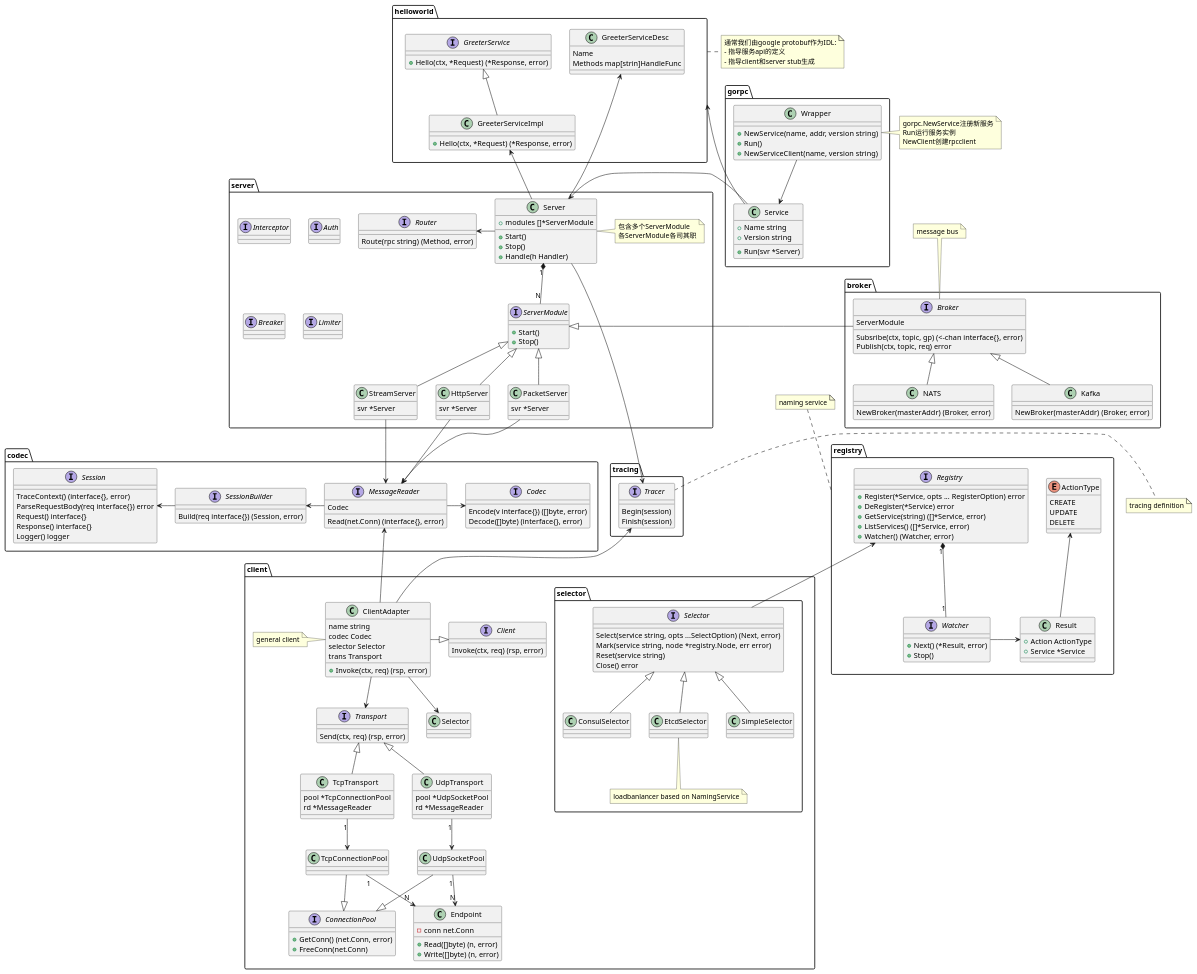
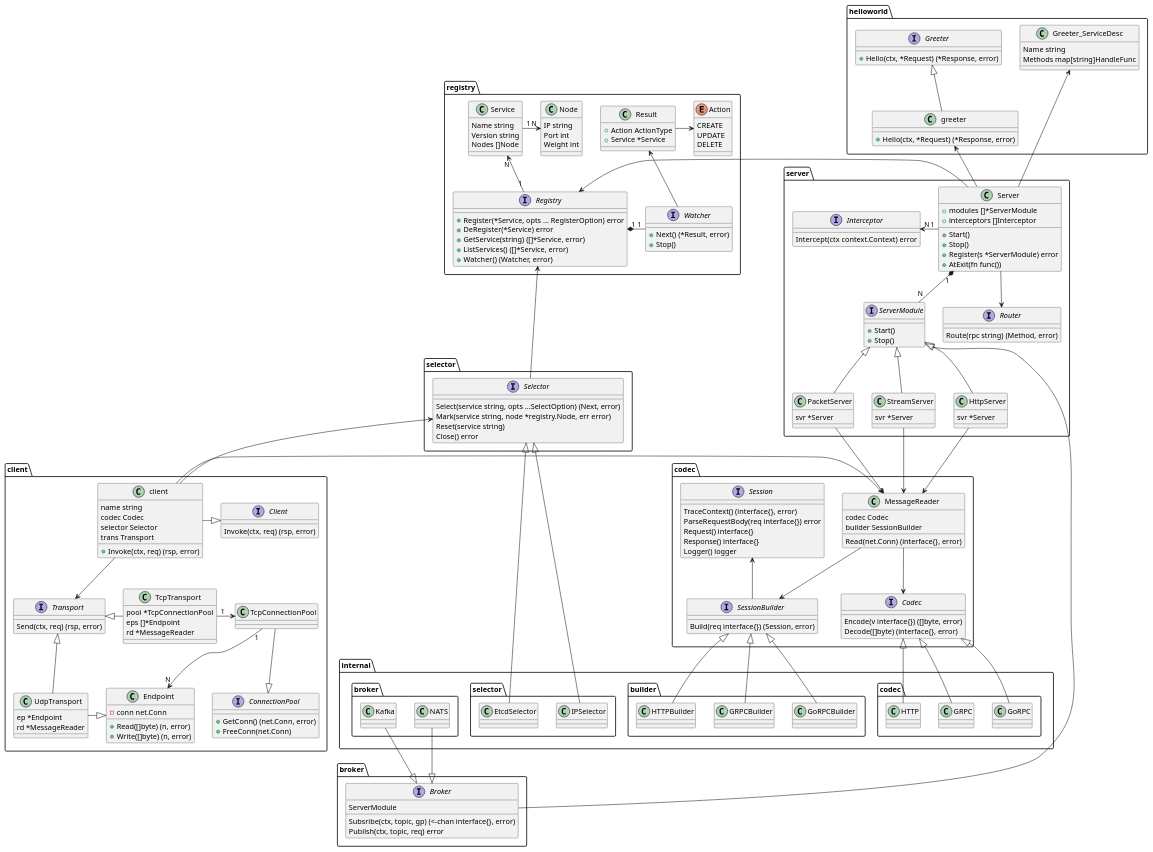
The diagram in docs/arch.puml (hitzhangjie/gorpc), drawn with PlantUML before and after one commit. The commit also changed 10 other files, not shown here.

```diff
--- a/docs/arch.puml
+++ b/docs/arch.puml
@@ -2,46 +2,37 @@
 
 package "helloworld" {
 
-    interface GreeterService {
+    interface Greeter {
         +Hello(ctx, *Request) (*Response, error)
     }
 
-    class GreeterServiceImpl {
+    class greeter {
         +Hello(ctx, *Request) (*Response, error)
     }
-    GreeterServiceImpl -up-|> GreeterService
+    greeter -up-|> Greeter
 
-    class GreeterServiceDesc {
-        Name
-        Methods map[strin]HandleFunc
+    class Greeter_ServiceDesc {
+        Name string
+        Methods map[string]HandleFunc
     }
 }
-note right of helloworld
-    通常我们由google protobuf作为IDL:
-    - 指导服务api的定义
-    - 指导client和server stub生成
-end note
-
 
 package "server" {
 
     class Server {
         +modules []*ServerModule
+        +interceptors []Interceptor
         +Start()
         +Stop()
-        +Handle(h Handler)
+        +Register(s *ServerModule) error
+        +AtExit(fn func())
     }
 
     interface ServerModule {
         +Start()
         +Stop()
     }
-
     Server "1" *-down- "N" ServerModule
-    note right of Server
-        包含多个ServerModule
-        各ServerModule各司其职
-    end note
 
     class PacketServer {
         svr *Server
@@ -58,25 +49,18 @@
     }
     HttpServer -up-|> ServerModule
 
-    Server -up-> GreeterServiceImpl
-    'note left of Handler : type GreeterService struct{} \nfunc (s *GreeterService) Hello(ctx, req) (rsp, error)
-
-    Server -up-> GreeterServiceDesc
+    Server -up-> greeter
+    Server -up-> Greeter_ServiceDesc
 
     interface Router {
         Route(rpc string) (Method, error)
     }
-    Server -left-> Router
+    Server -down-> Router
 
     interface Interceptor {
+    	Intercept(ctx context.Context) error
     }
-    interface Auth {
-    }
-    interface Breaker {
-    }
-    interface Limiter {
-    }
-
+	Server "1" -left-> "N" Interceptor
 }
 
 package "codec" {
@@ -94,8 +78,10 @@
         Decode([]byte) (interface{}, error)
     }
 
-    interface MessageReader {
-        Codec
+
+    class MessageReader {
+        codec Codec
+        builder SessionBuilder
         Read(net.Conn) (interface{}, error)
     }
 
@@ -103,14 +89,28 @@
     	Build(req interface{}) (Session, error)
     }
 
-    MessageReader -right-> Codec
-    MessageReader -left-> SessionBuilder
-    SessionBuilder -left-> Session
+
+    MessageReader -down-> Codec
+    MessageReader -down-> SessionBuilder
+    SessionBuilder -up-> Session
 
     StreamServer -down-> MessageReader
     PacketServer -down-> MessageReader
     HttpServer -down-> MessageReader
 }
+
+package "internal.codec" {
+    GoRPC -up-|> Codec
+    GRPC -up-|> Codec
+    HTTP -up-|> Codec
+}
+
+package "internal.builder" {
+    GoRPCBuilder -up-|> SessionBuilder
+    GRPCBuilder -up-|> SessionBuilder
+    HTTPBuilder -up-|> SessionBuilder
+}
+
 
 package "registry" {
     interface Registry {
@@ -120,28 +120,55 @@
         +ListServices() ([]*Service, error)
         +Watcher() (Watcher, error)
     }
-    Registry "1" *-down- "1" Watcher
+    Registry "1" *-right- "1" Watcher
+    Registry "1" -up-> "N" Service
+    Server -left-> Registry
 
     interface Watcher {
         +Next() (*Result, error)
         +Stop()
     }
-    Watcher -right-> Result
+    Watcher -up-> Result
 
     class Result {
         +Action ActionType
         +Service *Service
     }
-    enum ActionType {
+    enum Action {
         CREATE
         UPDATE
         DELETE
     }
-    Result -up-> ActionType
+    Result -right-> Action
+
+    class Service {
+    	Name string
+    	Version string
+    	Nodes []Node
+    }
+    Service "1" -right-> "N" Node
+
+    class Node {
+    	IP string
+    	Port int
+    	Weight int
+    }
 }
-note top of registry
-naming service
-end note
+
+package "selector" {
+	interface Selector {
+		Select(service string, opts ...SelectOption) (Next, error)
+	    Mark(service string, node *registry.Node, err error)
+     	Reset(service string)
+    	Close() error
+    }
+    Selector -up-> Registry
+}
+
+package "internal.selector" {
+    IPSelector --|> Selector
+    EtcdSelector -left-|> Selector
+}
 
 package "client" {
 
@@ -154,28 +181,25 @@
     }
     class TcpTransport {
         pool *TcpConnectionPool
+        eps []*Endpoint
         rd *MessageReader
     }
-    TcpTransport "1" --> "TcpConnectionPool"
-    TcpTransport -up-|> Transport
+    TcpTransport -left-|> Transport
+    TcpTransport "1" -right-> "TcpConnectionPool"
 
     class UdpTransport {
-        pool *UdpSocketPool
+        ep *Endpoint
         rd *MessageReader
     }
-    UdpTransport "1" --> "UdpSocketPool"
     UdpTransport -up-|> Transport
-
+    UdpTransport -right-|> Endpoint
 
     interface ConnectionPool {
         +GetConn() (net.Conn, error)
         +FreeConn(net.Conn)
     }
     TcpConnectionPool --|> ConnectionPool
-    UdpSocketPool --|> ConnectionPool
-
     TcpConnectionPool "1" --> "N" Endpoint
-    UdpSocketPool "1" --> "N" Endpoint
 
     class Endpoint {
         -conn net.Conn
@@ -183,61 +207,19 @@
         +Write([]byte) (n, error)
     }
 
-    class ClientAdapter {
+    class client {
         name string
         codec Codec
         selector Selector
         trans Transport
         +Invoke(ctx, req) (rsp, error)
     }
-    note left: general client
 
-    ClientAdapter -right-|> Client
-    ClientAdapter -up-> MessageReader
-    ClientAdapter --> Transport
-    ClientAdapter --> Selector
-
-    package "selector" {
-        interface Selector {
-	        Select(service string, opts ...SelectOption) (Next, error)
-	        Mark(service string, node *registry.Node, err error)
-	        Reset(service string)
-	        Close() error
-        }
-
-        SimpleSelector -up-|> Selector
-        ConsulSelector -up-|> Selector
-        EtcdSelector -up-|> Selector
-        Selector -up-> Registry
-        note bottom of EtcdSelector
-            loadbanlancer based on NamingService
-        end note
-
-    }
+    client -right-|> Client
+    client -right-> MessageReader
+    client -down-> Transport
+    client -up-> Selector
 }
-
-package "gorpc" {
-    class Wrapper {
-        +NewService(name, addr, version string)
-        +Run()
-        +NewServiceClient(name, version string)
-    }
-    Wrapper --> Service
-
-    class Service {
-        +Name string
-        +Version string
-        +Run(svr *Server)
-    }
-
-    Service -left-> helloworld
-    Service -left-> Server
-}
-note left of Wrapper
-    gorpc.NewService注册新服务
-    Run运行服务实例
-    NewClient创建rpcclient
-end note
 
 package "broker" {
     interface Broker {
@@ -245,31 +227,12 @@
         Subsribe(ctx, topic, gp) (<-chan interface{}, error)
         Publish(ctx, topic, req) error
     }
-    Broker -right-|> ServerModule
+    Broker --|> ServerModule
+}
 
-    class NATS {
-        NewBroker(masterAddr) (Broker, error)
-    }
-    NATS -up-|> Broker
-
-    class Kafka {
-        NewBroker(masterAddr) (Broker, error)
-    }
-    Kafka -up-|> Broker
+package "internal.broker" {
+    NATS --|> Broker
+    Kafka --|> Broker
 }
-note top of Broker
-message bus
-end note
-
-package "tracing" {
-    interface Tracer {
-        Begin(session)
-        Finish(session)
-    }
-
-    Server -right-> Tracer
-    ClientAdapter -up-> Tracer
-}
-note right: tracing definition
 
 @enduml
```
